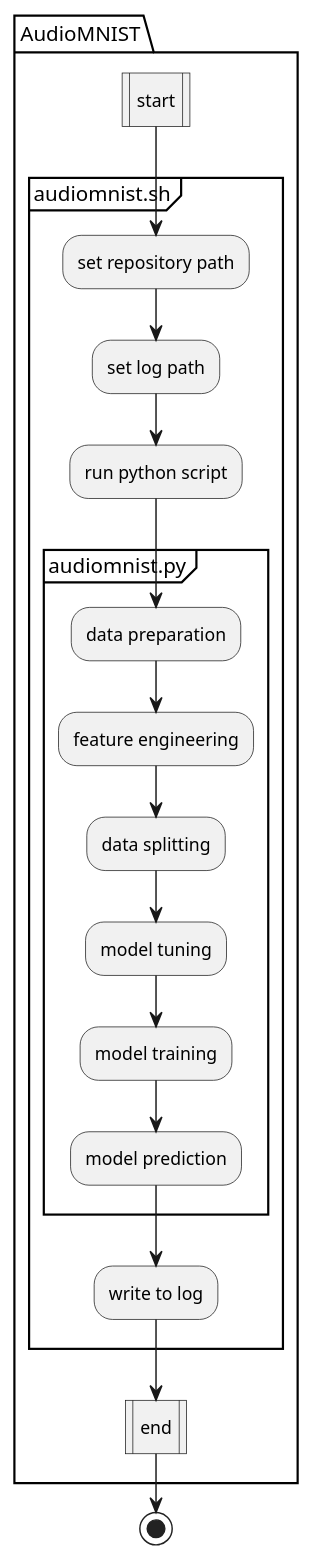
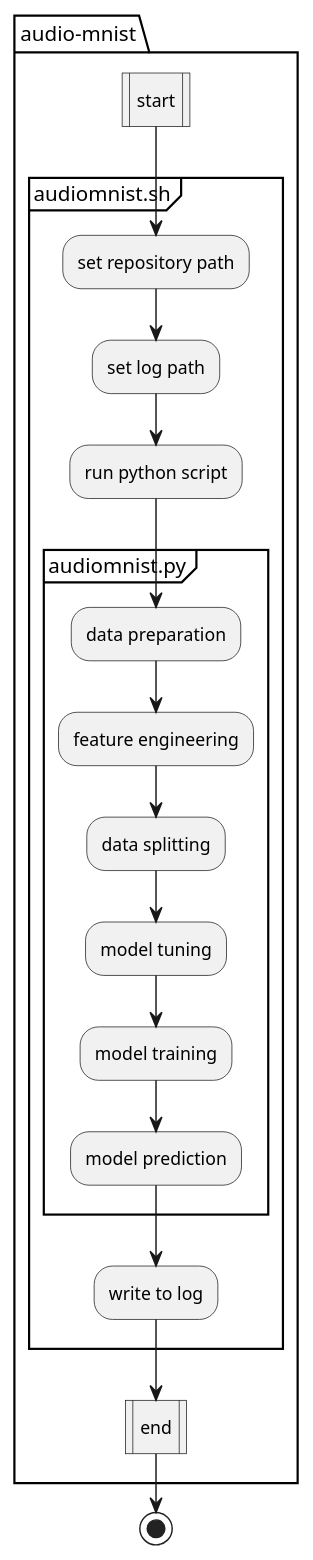
Before and after one commit to Aketirani/audio-mnist: the diagram in flowchart.wsd, drawn with PlantUML. The commit also changed 7 other files, not shown here.

```diff
--- a/flowchart.wsd
+++ b/flowchart.wsd
@@ -1,22 +1,22 @@
 @startuml Pipeline Flowchart
-|AudioMNIST|
-package "AudioMNIST" {
+|audio_mnist|
+package "audio-mnist" {
     :start|
     partition "audiomnist.sh" {
         :set repository path;
         :set log path;
         :run python script;
         partition "audiomnist.py" {
             :data preparation;
             :feature engineering;
             :data splitting;
             :model tuning;
             :model training;
             :model prediction;
         }
         :write to log;
     }
     :end|
 }
 stop
 @enduml
```
